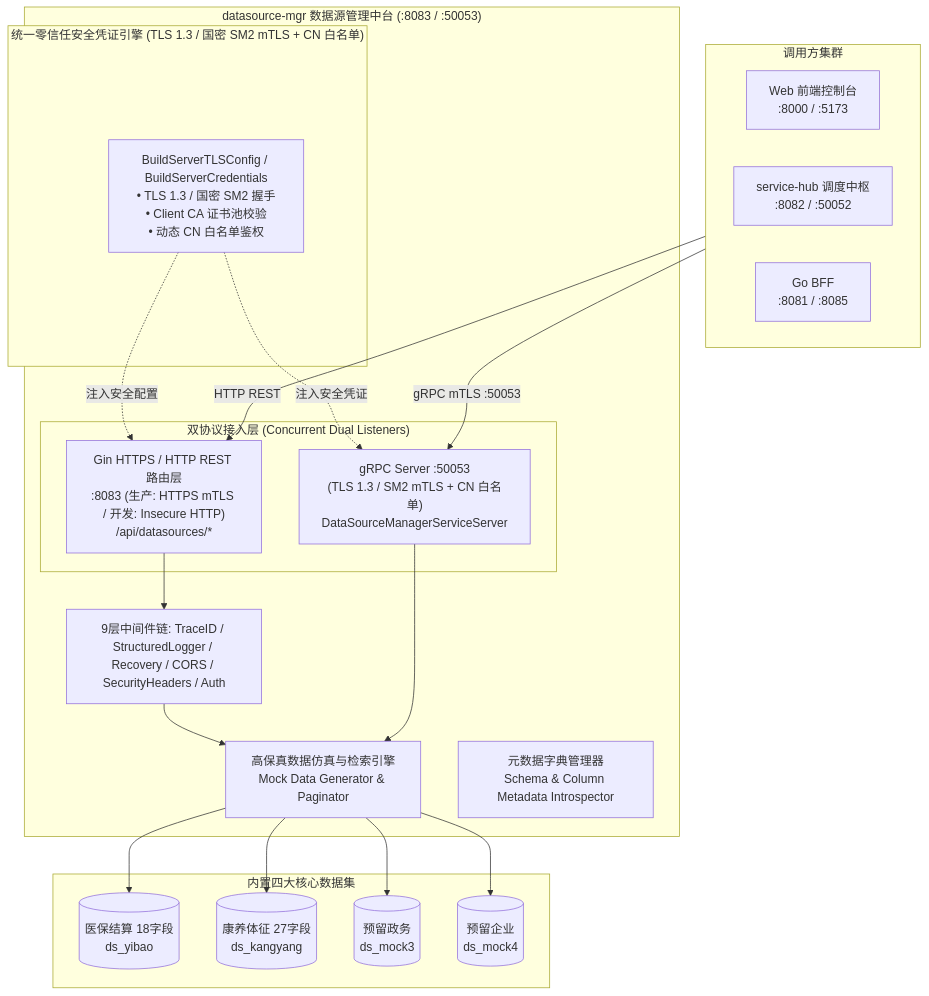
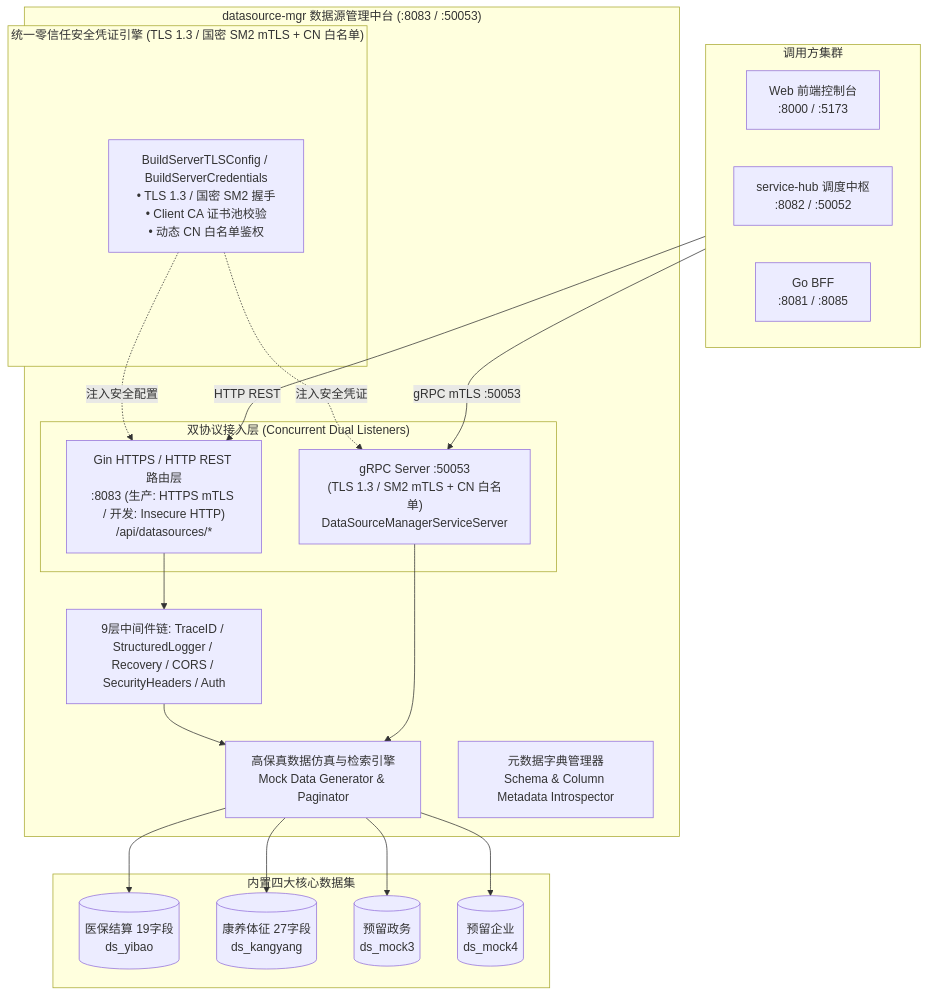
Before and after one commit to fengzhizi319/PrivShield-go: the diagram in services/datasource-mgr/docs/learning-guide.md, drawn with Mermaid. The commit also changed other lines of this file and 51 other files, not shown here.

````diff
--- a/services/datasource-mgr/docs/learning-guide.md
+++ b/services/datasource-mgr/docs/learning-guide.md
@@ -70,46 +70,46 @@
 ```mermaid
 flowchart TB
     subgraph UpstreamConsumers [调用方集群]
         WebConsole[Web 前端控制台<br/>:8000 / :5173]
         ServiceHub[service-hub 调度中枢<br/>:8082 / :50052]
         ConsoleBFF[Go BFF<br/>:8081 / :8085]
     end
 
     subgraph DSMgrService ["datasource-mgr 数据源管理中台 (:8083 / :50053)"]
         subgraph SecurityEngine ["统一零信任安全凭证引擎 (TLS 1.3 / 国密 SM2 mTLS + CN 白名单)"]
             TLSBuilder["BuildServerTLSConfig / BuildServerCredentials<br/>• TLS 1.3 / 国密 SM2 握手<br/>• Client CA 证书池校验<br/>• 动态 CN 白名单鉴权"]
         end
 
         subgraph ProtocolLayers ["双协议接入层 (Concurrent Dual Listeners)"]
             GinHTTPS["Gin HTTPS / HTTP REST 路由层<br/>:8083 (生产: HTTPS mTLS / 开发: Insecure HTTP)<br/>/api/datasources/*"]
             GRPCSrv["gRPC Server :50053<br/>(TLS 1.3 / SM2 mTLS + CN 白名单)<br/>DataSourceManagerServiceServer"]
         end
 
         MWStack[9层中间件链: TraceID / StructuredLogger / Recovery / CORS / SecurityHeaders / Auth]
         
         DataEngine[高保真数据仿真与检索引擎<br/>Mock Data Generator & Paginator]
         MetadataStore[元数据字典管理器<br/>Schema & Column Metadata Introspector]
     end
 
     subgraph Datasets [内置四大核心数据集]
-        DS1[(医保结算 18字段<br/>ds_yibao)]
+        DS1[(医保结算 19字段<br/>ds_yibao)]
         DS2[(康养体征 27字段<br/>ds_kangyang)]
         DS3[(预留政务<br/>ds_mock3)]
         DS4[(预留企业<br/>ds_mock4)]
     end
 
     UpstreamConsumers -->|HTTP REST| GinHTTPS
     UpstreamConsumers -->|gRPC mTLS :50053| GRPCSrv
 
     TLSBuilder -.->|注入安全配置| GinHTTPS
     TLSBuilder -.->|注入安全凭证| GRPCSrv
 
     GinHTTPS --> MWStack
     MWStack --> DataEngine
     GRPCSrv --> DataEngine
 
     DataEngine --> DS1
     DataEngine --> DS2
     DataEngine --> DS3
     DataEngine --> DS4
 ```
````
